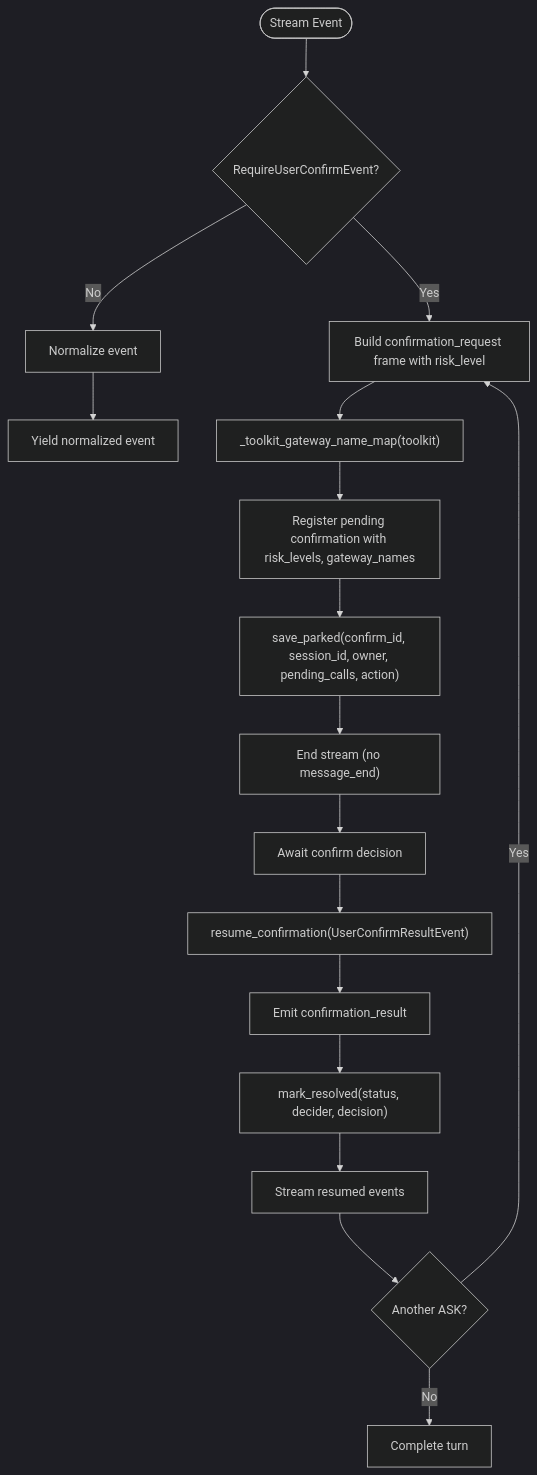
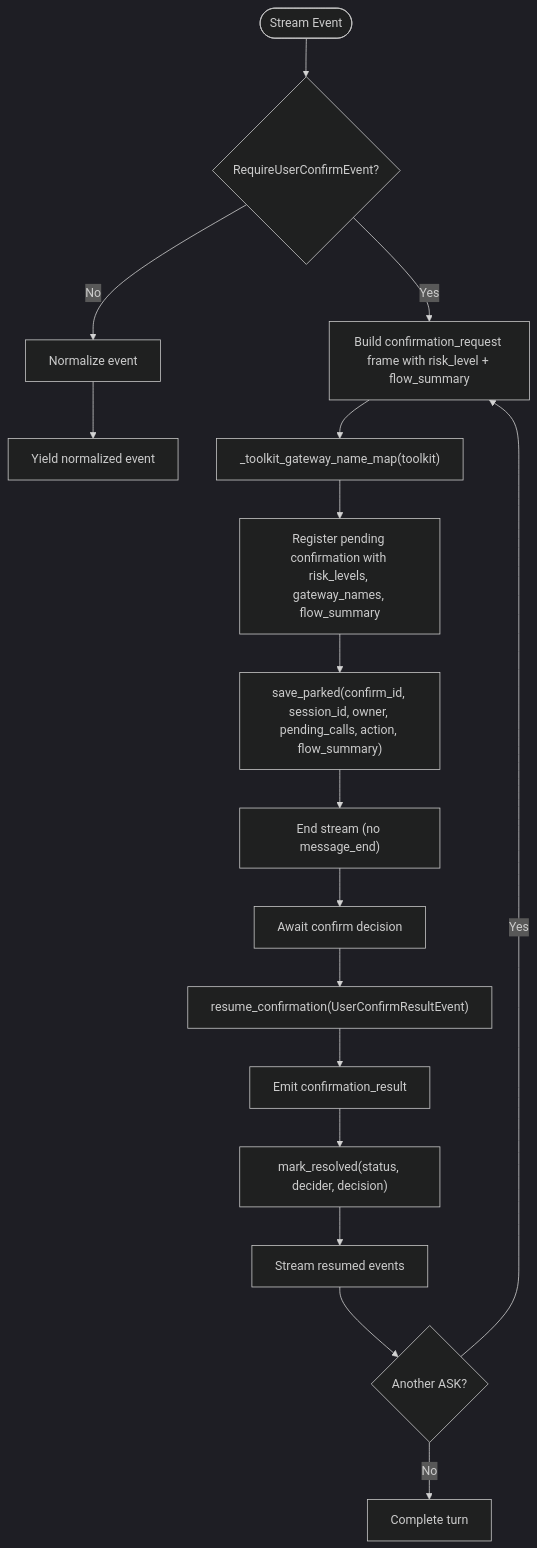
Before and after one commit to metasync/luban-aiops: the fifth of 12 diagrams in .qoder/repowiki/en/content/Agent Platform Service/HITL Confirmation Bridging (SPEC-020).md, drawn with Mermaid (dark theme). The commit also changed other lines of this file and 11 other files, not shown here.

````diff
--- a/.qoder/repowiki/en/content/Agent Platform Service/HITL Confirmation Bridging (SPEC-020).md
+++ b/.qoder/repowiki/en/content/Agent Platform Service/HITL Confirmation Bridging (SPEC-020).md
@@ -344,19 +370,19 @@
 ```mermaid
 flowchart TD
 Start(["Stream Event"]) --> CheckASK{"RequireUserConfirmEvent?"}
 CheckASK -- No --> Normalize["Normalize event"]
 Normalize --> Yield["Yield normalized event"]
-CheckASK -- Yes --> BuildFrame["Build confirmation_request frame with risk_level"]
+CheckASK -- Yes --> BuildFrame["Build confirmation_request frame with risk_level + flow_summary"]
 BuildFrame --> MapNames["_toolkit_gateway_name_map(toolkit)"]
-MapNames --> Register["Register pending confirmation with risk_levels, gateway_names"]
-Register --> Persist["save_parked(confirm_id, session_id, owner, pending_calls, action)"]
+MapNames --> Register["Register pending confirmation with risk_levels, gateway_names, flow_summary"]
+Register --> Persist["save_parked(confirm_id, session_id, owner, pending_calls, action, flow_summary)"]
 Persist --> EndStream["End stream (no message_end)"]
 EndStream --> WaitDecision["Await confirm decision"]
 WaitDecision --> Resume["resume_confirmation(UserConfirmResultEvent)"]
 Resume --> ResultFrame["Emit confirmation_result"]
 ResultFrame --> RecordResolution["mark_resolved(status, decider, decision)"]
 RecordResolution --> ContinueStream["Stream resumed events"]
 ContinueStream --> ChainedASK{"Another ASK?"}
 ChainedASK -- Yes --> BuildFrame
 ChainedASK -- No --> Complete["Complete turn"]
 ```
````
